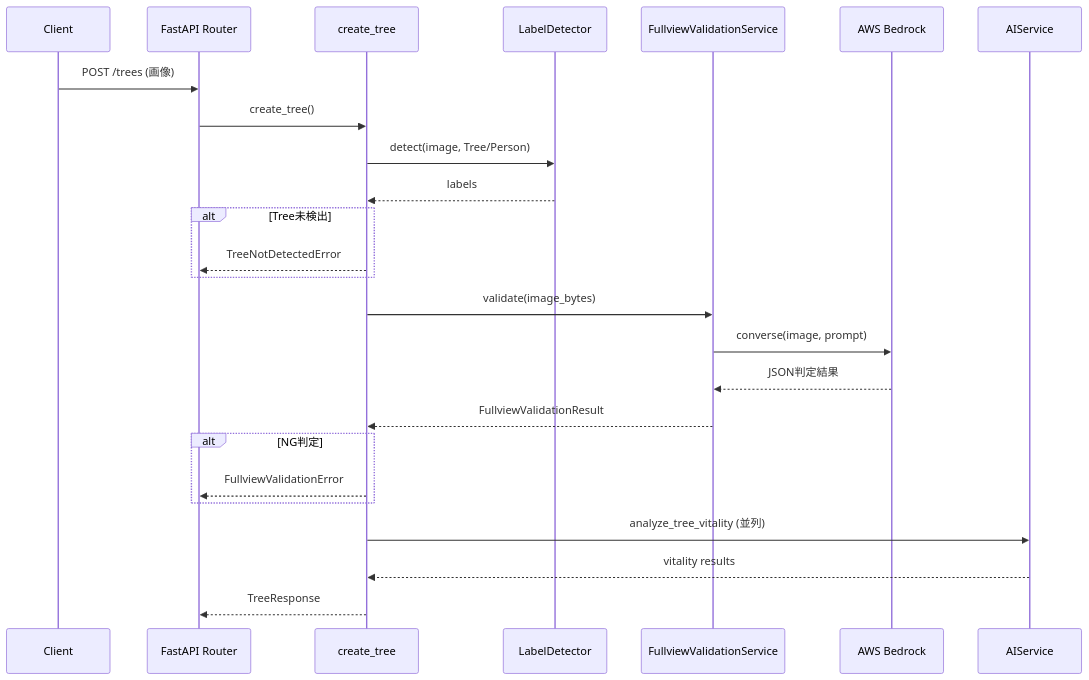
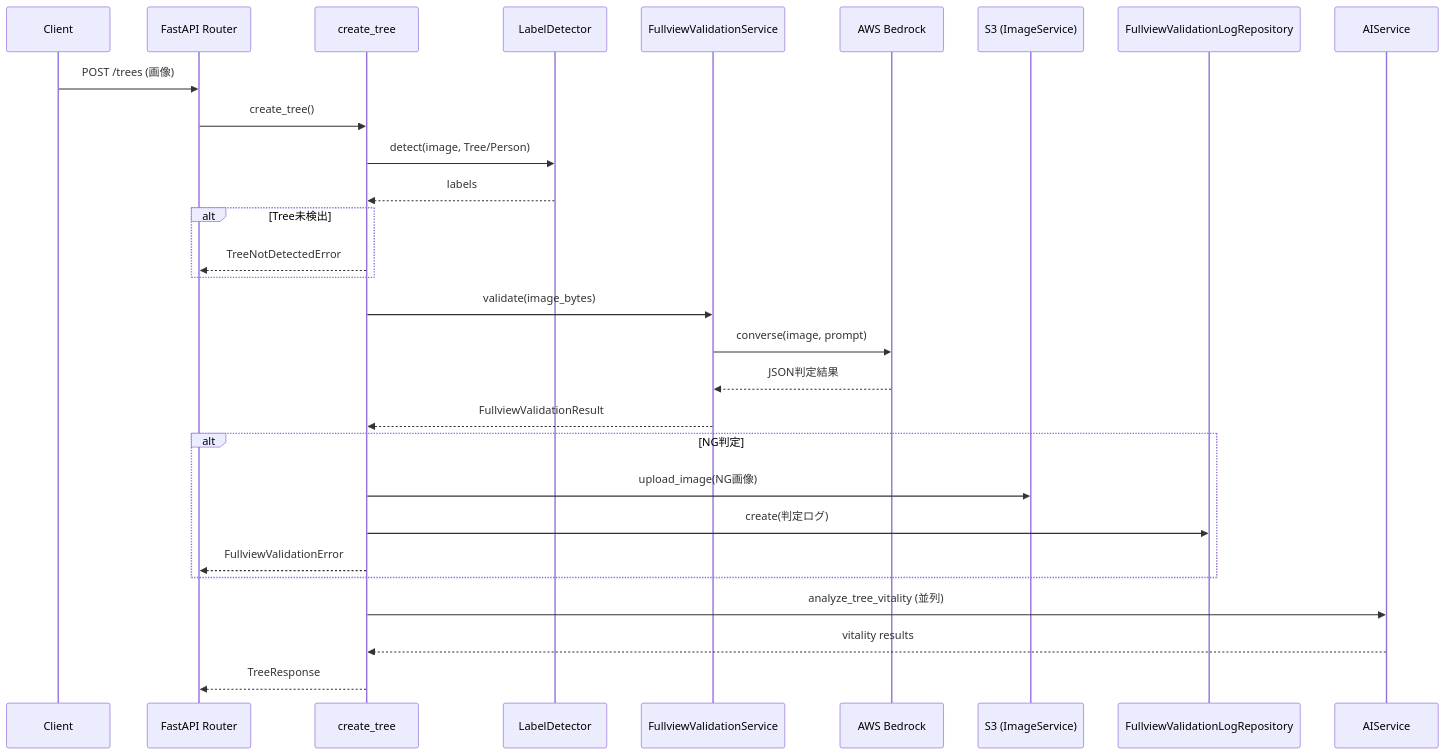
Before and after one commit to y-kawakami/harekaze_server: the first of 2 diagrams in .kiro/specs/sakura-fullview-validation/design.md, drawn with Mermaid. The commit also changed other lines of this file, not shown here.

````diff
--- a/.kiro/specs/sakura-fullview-validation/design.md
+++ b/.kiro/specs/sakura-fullview-validation/design.md
@@ -40,28 +40,32 @@
 ```mermaid
 sequenceDiagram
     participant Client
     participant API as FastAPI Router
     participant CreateTree as create_tree
     participant Rekognition as LabelDetector
     participant FVS as FullviewValidationService
     participant Bedrock as AWS Bedrock
+    participant S3 as S3 (ImageService)
+    participant DB as FullviewValidationLogRepository
     participant AISvc as AIService
 
     Client->>API: POST /trees (画像)
     API->>CreateTree: create_tree()
     CreateTree->>Rekognition: detect(image, Tree/Person)
     Rekognition-->>CreateTree: labels
     alt Tree未検出
         CreateTree-->>API: TreeNotDetectedError
     end
     CreateTree->>FVS: validate(image_bytes)
     FVS->>Bedrock: converse(image, prompt)
     Bedrock-->>FVS: JSON判定結果
     FVS-->>CreateTree: FullviewValidationResult
     alt NG判定
+        CreateTree->>S3: upload_image(NG画像)
+        CreateTree->>DB: create(判定ログ)
         CreateTree-->>API: FullviewValidationError
     end
     CreateTree->>AISvc: analyze_tree_vitality (並列)
     AISvc-->>CreateTree: vitality results
     CreateTree-->>API: TreeResponse
 ```
````
